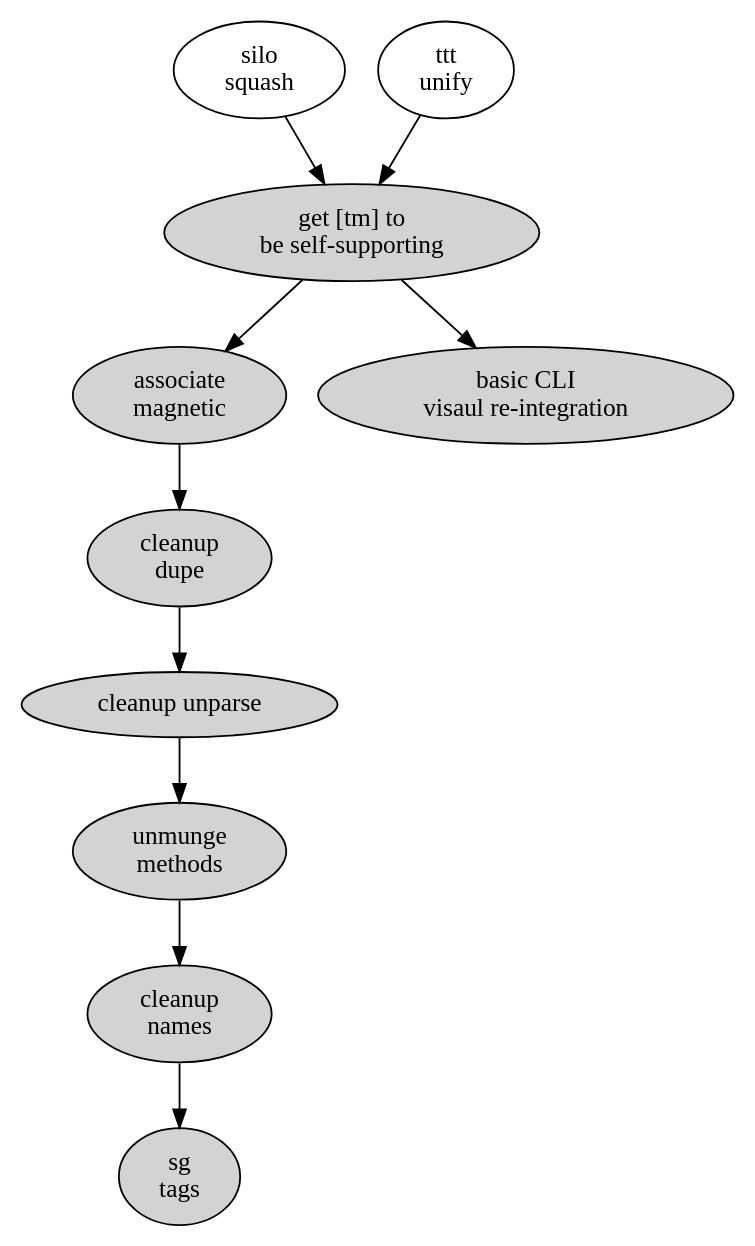
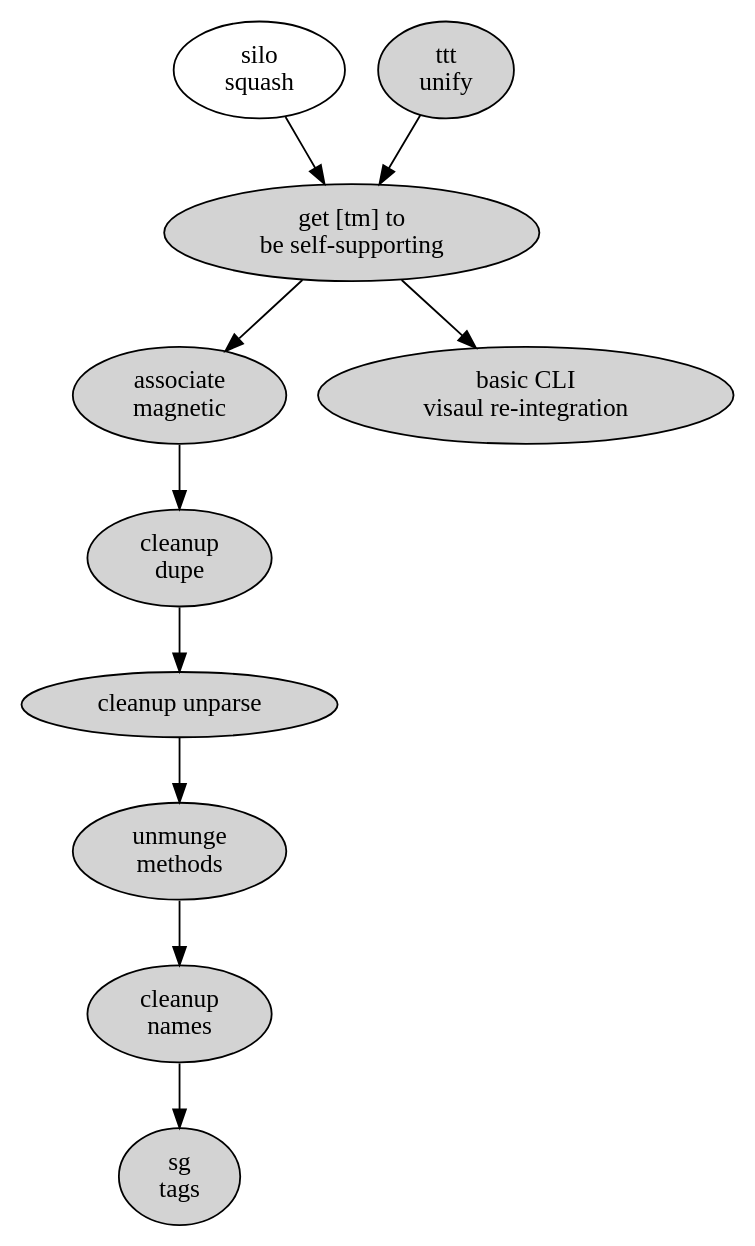
Before and after one commit to hipe/tmx: the diagram in lib/skylab/tan-man/doc/the-big-picture-of-now.dot, drawn with Graphviz. The commit also changed 8 other files, not shown here.

```diff
--- a/lib/skylab/tan-man/doc/the-big-picture-of-now.dot
+++ b/lib/skylab/tan-man/doc/the-big-picture-of-now.dot
@@ -1,26 +1,26 @@
 digraph{
 
   # blue: fillcolor="#b5d5fb" style=filled
   # done: style=filled
 
   am [ label="associate\nmagnetic" style=filled ]
   cd [ label="cleanup\ndupe" style=filled ]
   cv [ label="basic CLI\nvisaul re-integration" style=filled ]
   cn [ label="cleanup\nnames" style=filled ]
   si [ label="silo\nsquash" ]
   ss [ label="get [tm] to\nbe self-supporting", style=filled]
   st [ label="sg\ntags" style=filled ]
-  tu [ label="ttt\nunify" ]
+  tu [ label="ttt\nunify" , style=filled]
   um [ label="unmunge\nmethods" style=filled ]
   up [ label="cleanup unparse" style=filled ]
 
   am -> cd
   cd -> up
   cn -> st
   si -> ss
   ss -> cv
   ss -> am
   tu -> ss
   um -> cn
   up -> um
 }
```
